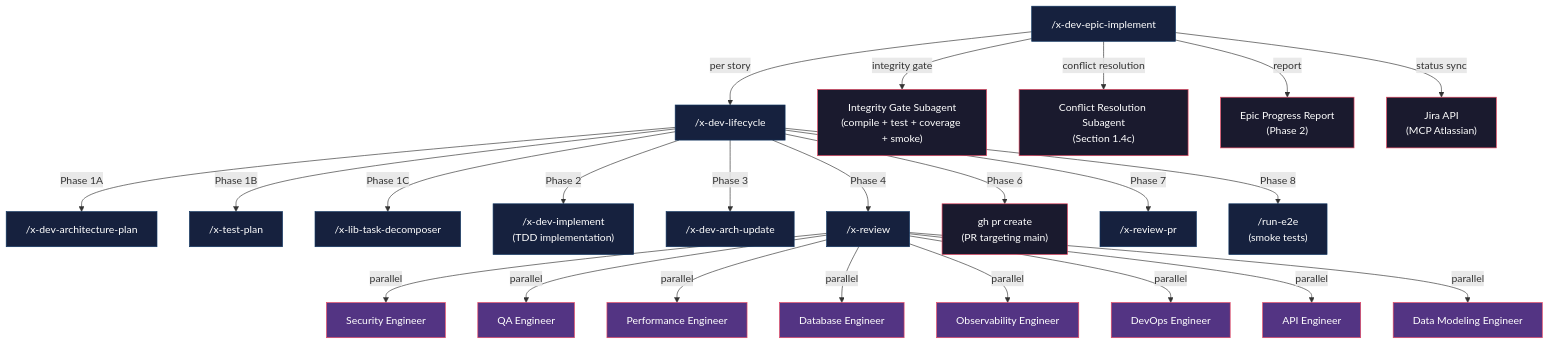
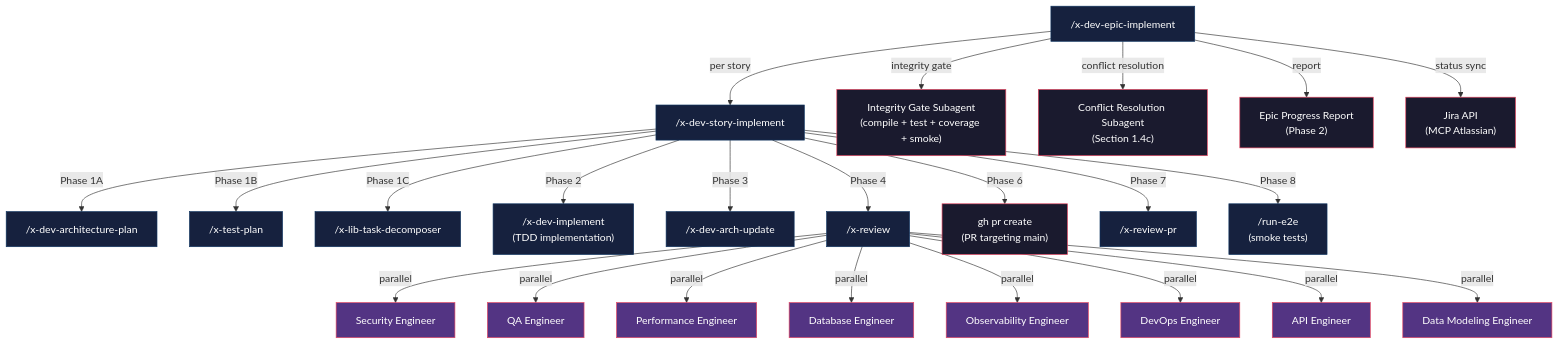
The fourth of 8 diagrams in java/src/main/resources/targets/claude/skills/core/x-dev-epic-implement/README.md (edercnj/ia-dev-environment), drawn with Mermaid before and after one commit. The commit also changed other lines of this file and 149 other files, not shown here.

````diff
--- a/java/src/main/resources/targets/claude/skills/core/x-dev-epic-implement/README.md
+++ b/java/src/main/resources/targets/claude/skills/core/x-dev-epic-implement/README.md
@@ -210,36 +210,36 @@
 ```mermaid
 graph TD
-    EPIC["/x-dev-epic-implement"] -->|per story| LIFE["/x-dev-lifecycle"]
+    EPIC["/x-dev-epic-implement"] -->|per story| LIFE["/x-dev-story-implement"]
 
     LIFE -->|Phase 1A| ARCH["/x-dev-architecture-plan"]
     LIFE -->|Phase 1B| TEST["/x-test-plan"]
     LIFE -->|Phase 1C| TASK["/x-lib-task-decomposer"]
     LIFE -->|Phase 2| IMPL["/x-dev-implement<br/>(TDD implementation)"]
     LIFE -->|Phase 3| ARCHUP["/x-dev-arch-update"]
     LIFE -->|Phase 4| REVIEW["/x-review"]
     LIFE -->|Phase 6| PR["gh pr create<br/>(PR targeting main)"]
     LIFE -->|Phase 7| LTREVIEW["/x-review-pr"]
     LIFE -->|Phase 8| E2E["/run-e2e<br/>(smoke tests)"]
 
     REVIEW -->|parallel| S1["Security Engineer"]
     REVIEW -->|parallel| S2["QA Engineer"]
     REVIEW -->|parallel| S3["Performance Engineer"]
     REVIEW -->|parallel| S4["Database Engineer"]
     REVIEW -->|parallel| S5["Observability Engineer"]
     REVIEW -->|parallel| S6["DevOps Engineer"]
     REVIEW -->|parallel| S7["API Engineer"]
     REVIEW -->|parallel| S8["Data Modeling Engineer"]
 
     EPIC -->|integrity gate| GATE["Integrity Gate Subagent<br/>(compile + test + coverage + smoke)"]
     EPIC -->|conflict resolution| CONFLICT["Conflict Resolution Subagent<br/>(Section 1.4c)"]
     EPIC -->|report| REPORT["Epic Progress Report<br/>(Phase 2)"]
     EPIC -->|status sync| JIRA["Jira API<br/>(MCP Atlassian)"]
 
     classDef skill fill:#16213e,stroke:#0f3460,color:#fff
     classDef specialist fill:#533483,stroke:#e94560,color:#fff
     classDef infra fill:#1a1a2e,stroke:#e94560,color:#fff
 
     class EPIC,LIFE,ARCH,TEST,TASK,IMPL,ARCHUP,REVIEW,LTREVIEW,E2E skill
     class S1,S2,S3,S4,S5,S6,S7,S8 specialist
     class PR,GATE,CONFLICT,REPORT,JIRA infra
 ```
````
